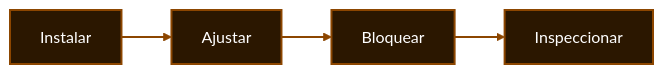
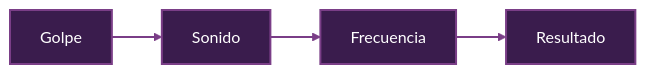
One commit to Cesarapcho/PI_Equipo_03 changed the third of 8 diagrams in README.md. Above: the diagram before and after it, drawn with Mermaid. The commit also changed other lines of this file, not shown here.

````diff
--- a/README.md
+++ b/README.md
@@ -250,8 +273,8 @@
 ```mermaid
 flowchart LR
-    A["Instalar"] --> B["Ajustar"] --> C["Bloquear"] --> D["Inspeccionar"]
+    A["Golpe"] --> B["Sonido"] --> C["Frecuencia"] --> D["Resultado"]
 
-    classDef conventional fill:#2B1700,color:#FFFFFF,stroke:#8C4600,stroke-width:2px;
+    classDef conventional fill:#3A1C4D,color:#FFFFFF,stroke:#7A3E87,stroke-width:2px;
     class A,B,C,D conventional;
-    linkStyle default stroke:#8C4600,stroke-width:2px;
+    linkStyle default stroke:#7A3E87,stroke-width:2px;
 ```
````
